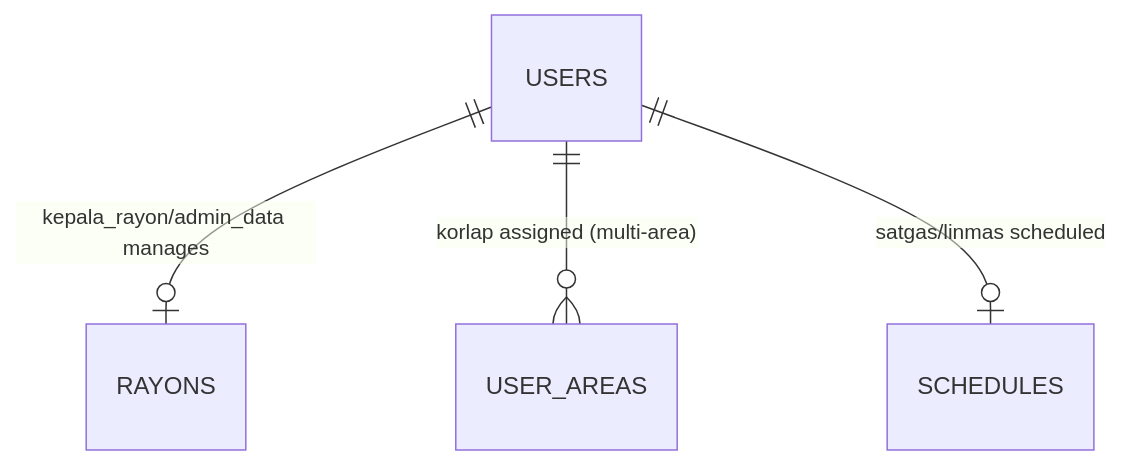
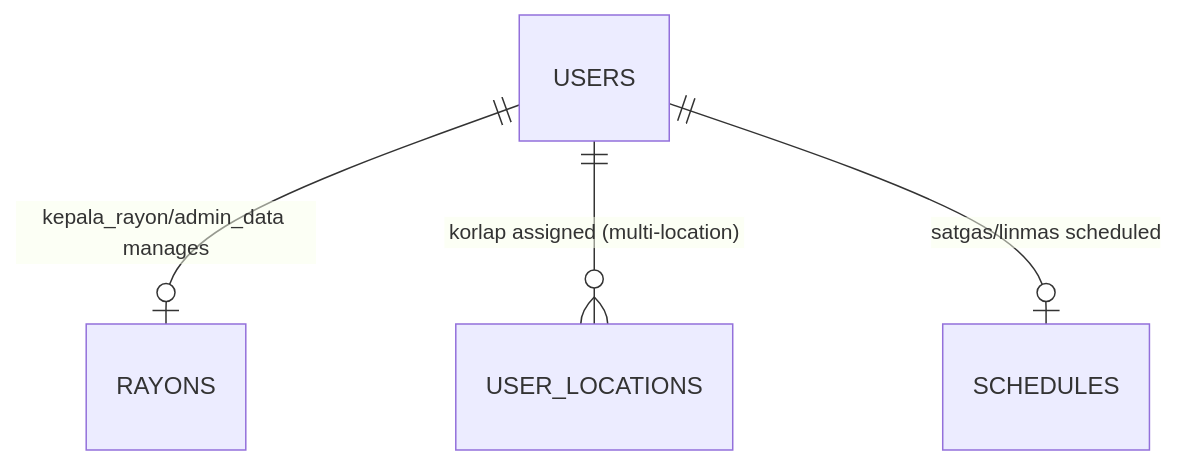
Before and after one commit to dlhsby/sekar: diagram 11 of 13 in specs/database/erd.md, drawn with Mermaid. The commit also changed other lines of this file and 53 other files, not shown here.

````diff
--- a/specs/database/erd.md
+++ b/specs/database/erd.md
@@ -651,6 +651,6 @@
 ```mermaid
 erDiagram
     USERS ||--o| RAYONS : "kepala_rayon/admin_data manages"
-    USERS ||--o{ USER_AREAS : "korlap assigned (multi-area)"
+    USERS ||--o{ USER_LOCATIONS : "korlap assigned (multi-location)"
     USERS ||--o| SCHEDULES : "satgas/linmas scheduled"
 ```
````
